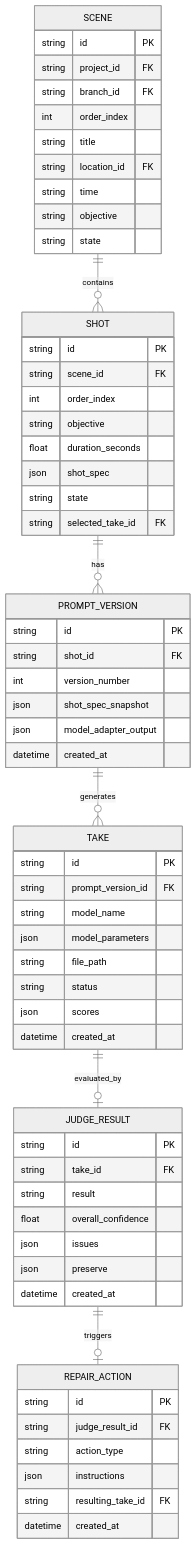
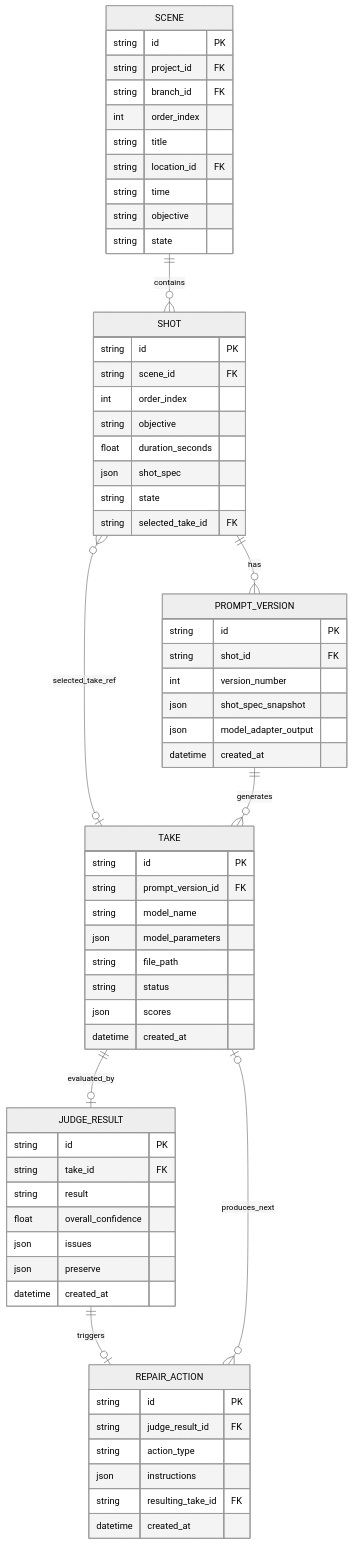
One commit to ousiassllc/mam changed the second of 5 diagrams in spec/architecture/er.md. Above: the diagram before and after it, drawn with Mermaid (neutral theme). The commit also changed other lines of this file, not shown here.

Commit message:
fix: §2.1にSHOT/REPAIR_ACTIONからTAKEへの関係線を追加し§1と整合させる

````diff
--- a/spec/architecture/er.md
+++ b/spec/architecture/er.md
@@ -66,65 +66,67 @@
 ```mermaid
 erDiagram
     SCENE ||--o{ SHOT : contains
     SHOT ||--o{ PROMPT_VERSION : has
+    SHOT }o--o| TAKE : selected_take_ref
     PROMPT_VERSION ||--o{ TAKE : generates
     TAKE ||--o| JUDGE_RESULT : evaluated_by
     JUDGE_RESULT ||--o| REPAIR_ACTION : triggers
+    REPAIR_ACTION }o--o| TAKE : produces_next
 
     SCENE {
         string id PK
         string project_id FK
         string branch_id FK
         int order_index
         string title
         string location_id FK
         string time
         string objective
         string state
     }
     SHOT {
         string id PK
         string scene_id FK
         int order_index
         string objective
         float duration_seconds
         json shot_spec
         string state
         string selected_take_id FK
     }
     PROMPT_VERSION {
         string id PK
         string shot_id FK
         int version_number
         json shot_spec_snapshot
         json model_adapter_output
         datetime created_at
     }
     TAKE {
         string id PK
         string prompt_version_id FK
         string model_name
         json model_parameters
         string file_path
         string status
         json scores
         datetime created_at
     }
     JUDGE_RESULT {
         string id PK
         string take_id FK
         string result
         float overall_confidence
         json issues
         json preserve
         datetime created_at
     }
     REPAIR_ACTION {
         string id PK
         string judge_result_id FK
         string action_type
         json instructions
         string resulting_take_id FK
         datetime created_at
     }
 ```
````
